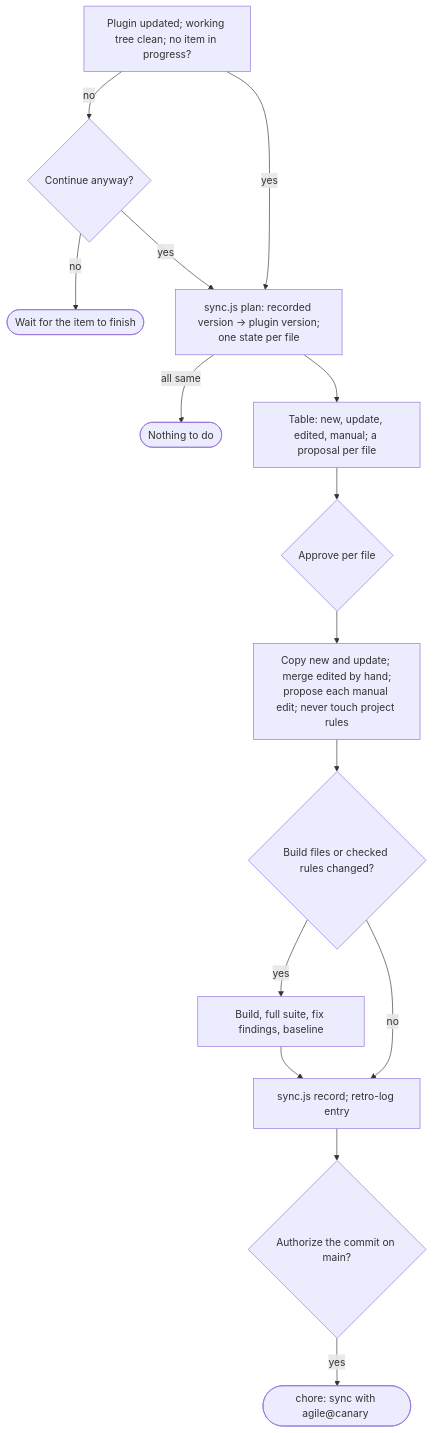
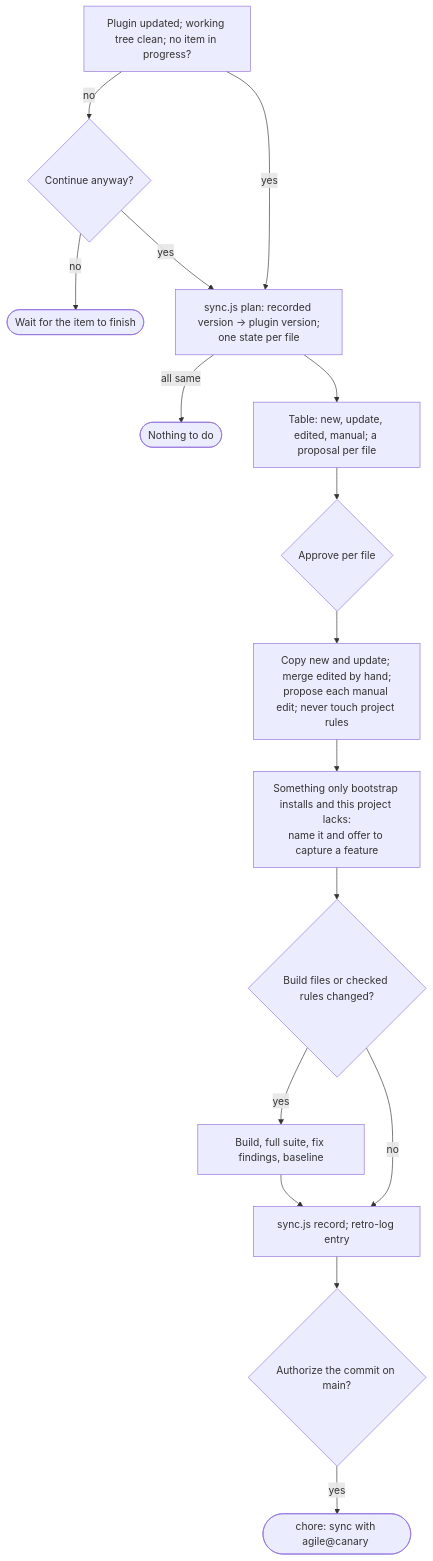
One commit to alexcanario/simulab changed diagram 15 of 16 in docs/agile/workflow.md. Above: the diagram before and after it, drawn with Mermaid. The commit also changed other lines of this file and 3 other files, not shown here.

````diff
--- a/docs/agile/workflow.md
+++ b/docs/agile/workflow.md
@@ -1114,17 +1115,18 @@
 ```mermaid
 flowchart TD
     A["Plugin updated; working tree clean; no item in progress?"] -->|no| A1{"Continue anyway?"}
     A1 -->|no| A2(["Wait for the item to finish"])
     A -->|yes| B["sync.js plan: recorded version → plugin version;<br/>one state per file"]
     A1 -->|yes| B
     B -->|all same| B1(["Nothing to do"])
     B --> C["Table: new, update, edited, manual; a proposal per file"]
     C --> D{"Approve per file"}
     D --> E["Copy new and update; merge edited by hand;<br/>propose each manual edit; never touch project rules"]
-    E --> F{"Build files or checked rules changed?"}
+    E --> E2["Something only bootstrap installs and this project lacks:<br/>name it and offer to capture a feature"]
+    E2 --> F{"Build files or checked rules changed?"}
     F -->|yes| G["Build, full suite, fix findings, baseline"]
     F -->|no| H
     G --> H["sync.js record; retro-log entry"]
     H --> I{"Authorize the commit on main?"}
     I -->|yes| J(["chore: sync with agile@canary <version>"])
 ```
````
